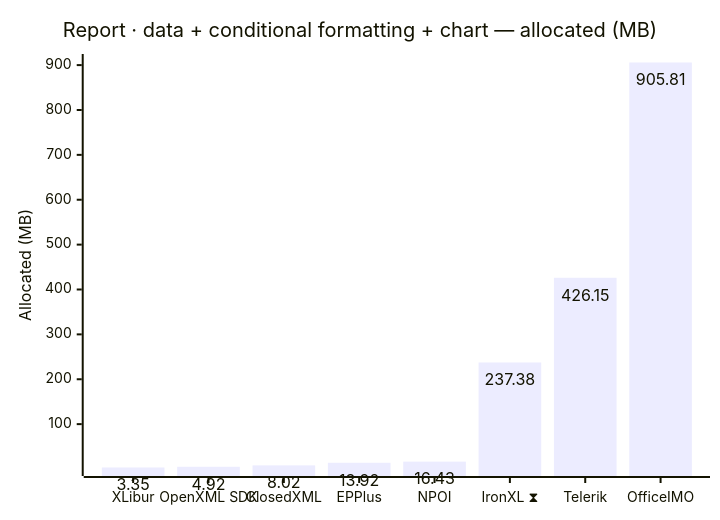
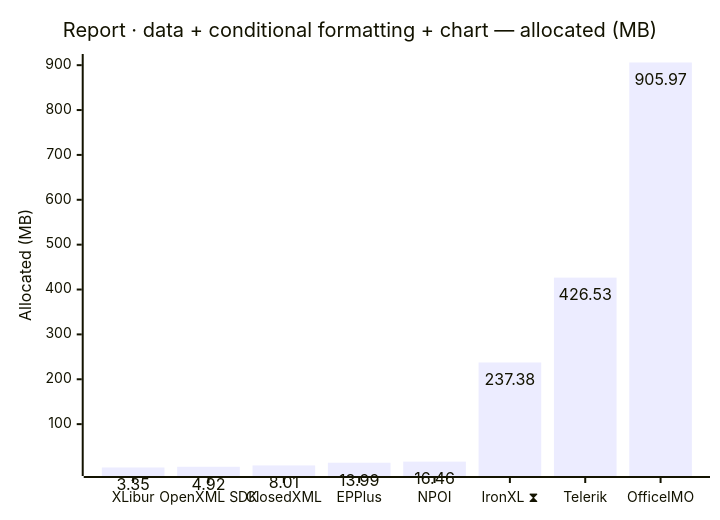
Before and after one commit to jafin/XLBench: the tenth of 18 diagrams in docs/results.md, drawn with Mermaid. The commit also changed other lines of this file and 2 other files, not shown here.

````diff
--- a/docs/results.md
+++ b/docs/results.md
@@ -133,12 +159,12 @@
 ```mermaid
 ---
 config:
   xyChart:
     showDataLabel: true
 ---
 xychart-beta
     title "Report · data + conditional formatting + chart — allocated (MB)"
     x-axis ["XLibur", "OpenXML SDK", "ClosedXML", "EPPlus", "NPOI", "IronXL ⧗", "Telerik", "OfficeIMO"]
     y-axis "Allocated (MB)"
-    bar [3.35, 4.92, 8.02, 13.92, 16.43, 237.38, 426.15, 905.81]
+    bar [3.35, 4.92, 8.01, 13.99, 16.46, 237.38, 426.53, 905.97]
 ```
````
